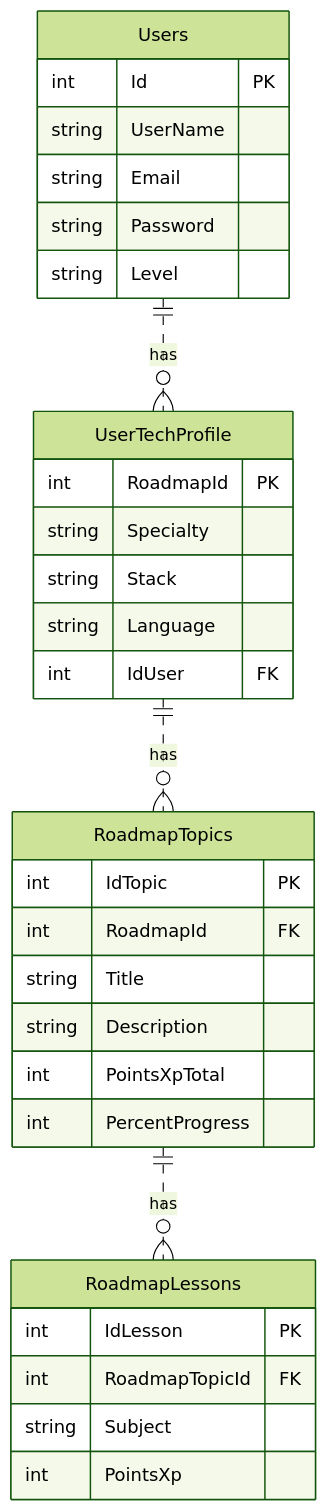
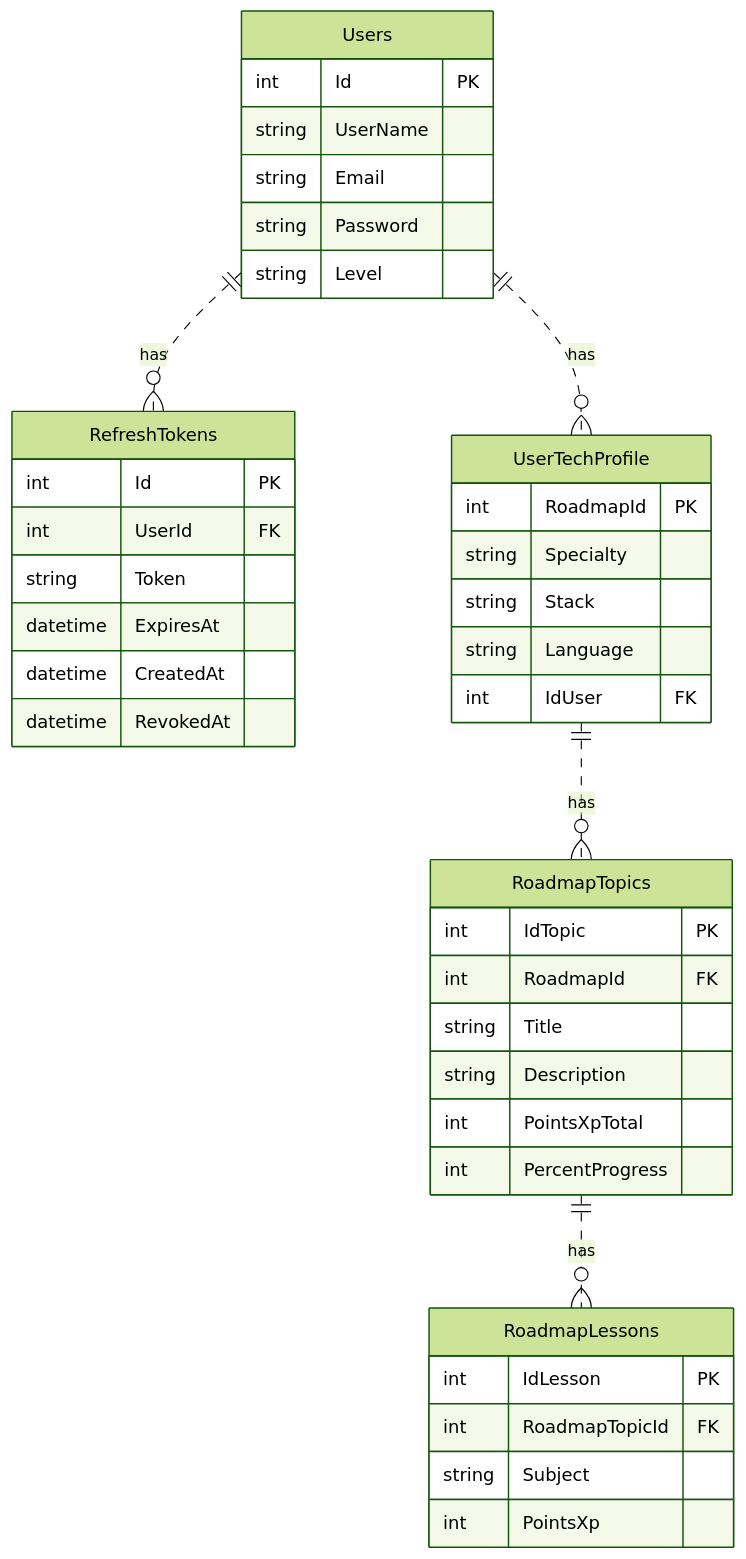
One commit to Fellypr/Dev-Quest changed the diagram in BackEnd/schema.md. Above: the diagram before and after it, drawn with Mermaid (forest theme). The commit also changed 13 other files, not shown here.

````diff
--- a/BackEnd/schema.md
+++ b/BackEnd/schema.md
@@ -1,35 +1,44 @@
 ```mermaid
 erDiagram
+    Users ||..o{ RefreshTokens : has
     Users ||..o{ UserTechProfile : has
     UserTechProfile ||..o{ RoadmapTopics : has
     RoadmapTopics ||..o{ RoadmapLessons : has
 
     Users {
         int Id PK
         string UserName
         string Email
         string Password
         string Level
+    }
+    RefreshTokens {
+        int Id PK
+        int UserId FK
+        string Token
+        datetime ExpiresAt
+        datetime CreatedAt
+        datetime RevokedAt
     }
     UserTechProfile {
         int RoadmapId PK
         string Specialty
         string Stack
         string Language
         int IdUser FK
     }
     RoadmapTopics {
         int IdTopic PK
         int RoadmapId FK
         string Title
         string Description
         int PointsXpTotal
         int PercentProgress
     }
     RoadmapLessons {
         int IdLesson PK
         int RoadmapTopicId FK
         string Subject
         int PointsXp
     }
 ```
````
